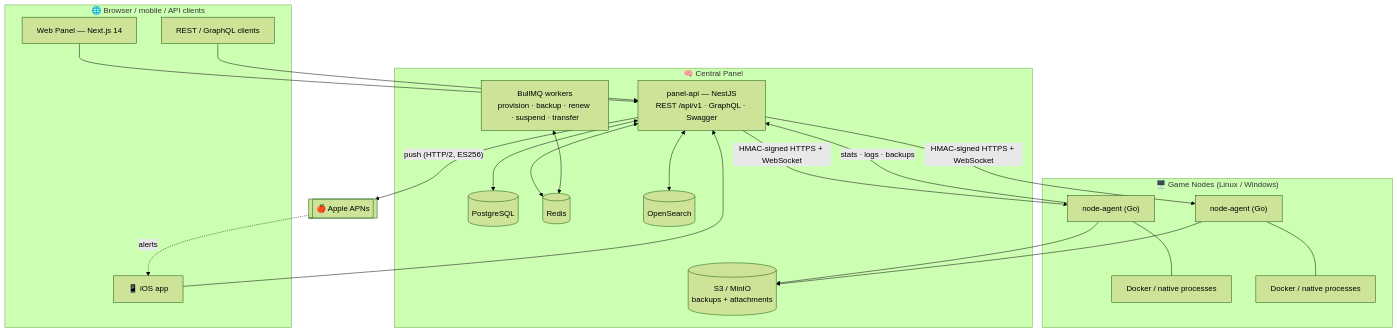
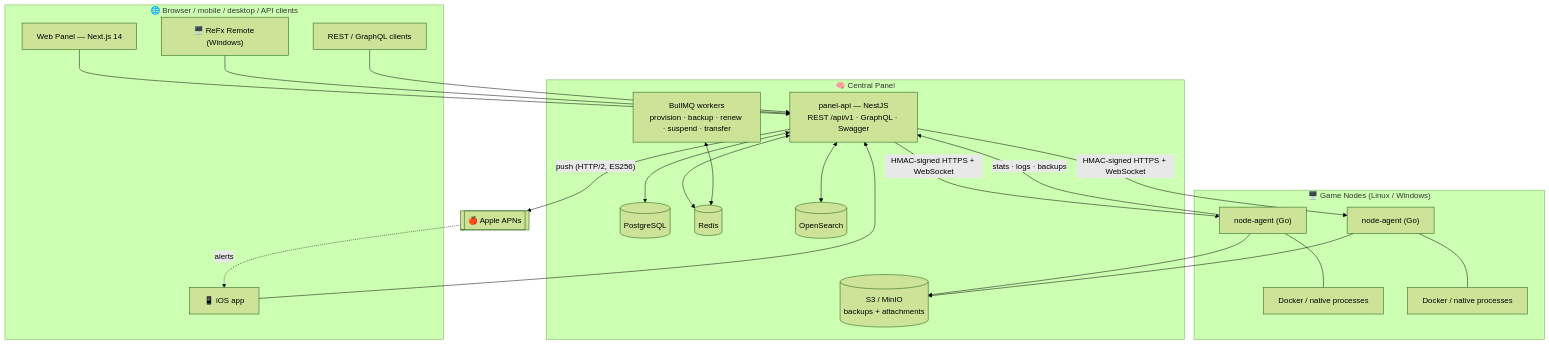
One commit to ReFxFrank/ReFxHosting changed the first of 2 diagrams in README.md. Above: the diagram before and after it, drawn with Mermaid (forest theme). The commit also changed other lines of this file and 9 other files, not shown here.

First line of the commit message:
feat(web+docs): ReFx Remote — Windows desktop companion app

````diff
--- a/README.md
+++ b/README.md
@@ -127,41 +127,43 @@
 ```mermaid
 flowchart TB
-    subgraph Client["🌐 Browser / mobile / API clients"]
+    subgraph Client["🌐 Browser / mobile / desktop / API clients"]
         UI["Web Panel — Next.js 14"]
         IOS["📱 iOS app"]
+        WIN["🖥️ ReFx Remote (Windows)"]
         API_C["REST / GraphQL clients"]
     end
 
     subgraph Central["🧠 Central Panel"]
         API["panel-api — NestJS<br/>REST /api/v1 · GraphQL · Swagger"]
         Q["BullMQ workers<br/>provision · backup · renew · suspend · transfer"]
         DB[("PostgreSQL")]
         R[("Redis")]
         S3[("S3 / MinIO<br/>backups + attachments")]
         OS[("OpenSearch")]
     end
 
     APNS[["🍎 Apple APNs"]]
 
     subgraph Nodes["🖥️ Game Nodes (Linux / Windows)"]
         A1["node-agent (Go)"]
         A2["node-agent (Go)"]
         A1 --- D1["Docker / native processes"]
         A2 --- D2["Docker / native processes"]
     end
 
     UI --> API
     IOS --> API
+    WIN --> API
     API_C --> API
     API <--> DB
     API <--> R
     API <--> OS
     Q <--> R
     API -- "push (HTTP/2, ES256)" --> APNS
     APNS -. "alerts" .-> IOS
     API -- "HMAC-signed HTTPS + WebSocket" --> A1
     API -- "HMAC-signed HTTPS + WebSocket" --> A2
     A1 -- "stats · logs · backups" --> API
     A1 --> S3
     A2 --> S3
 ```
````
